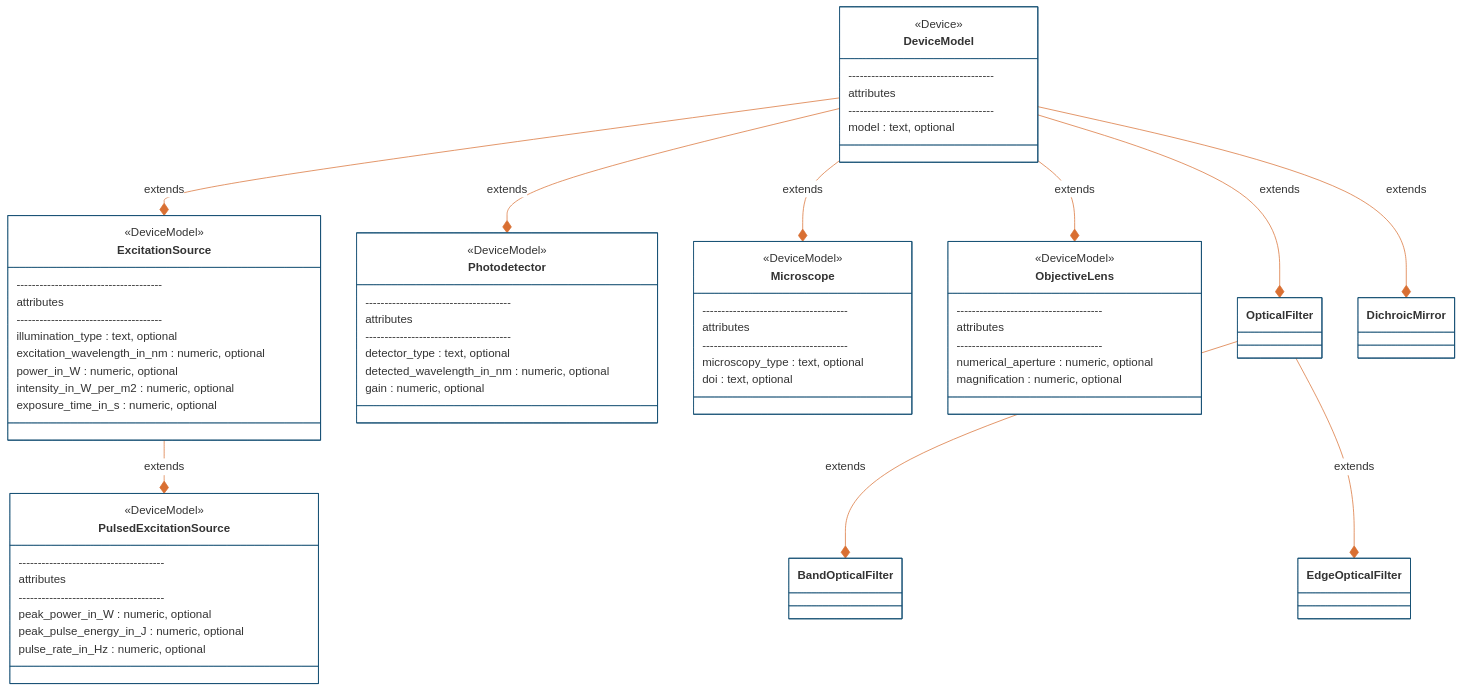
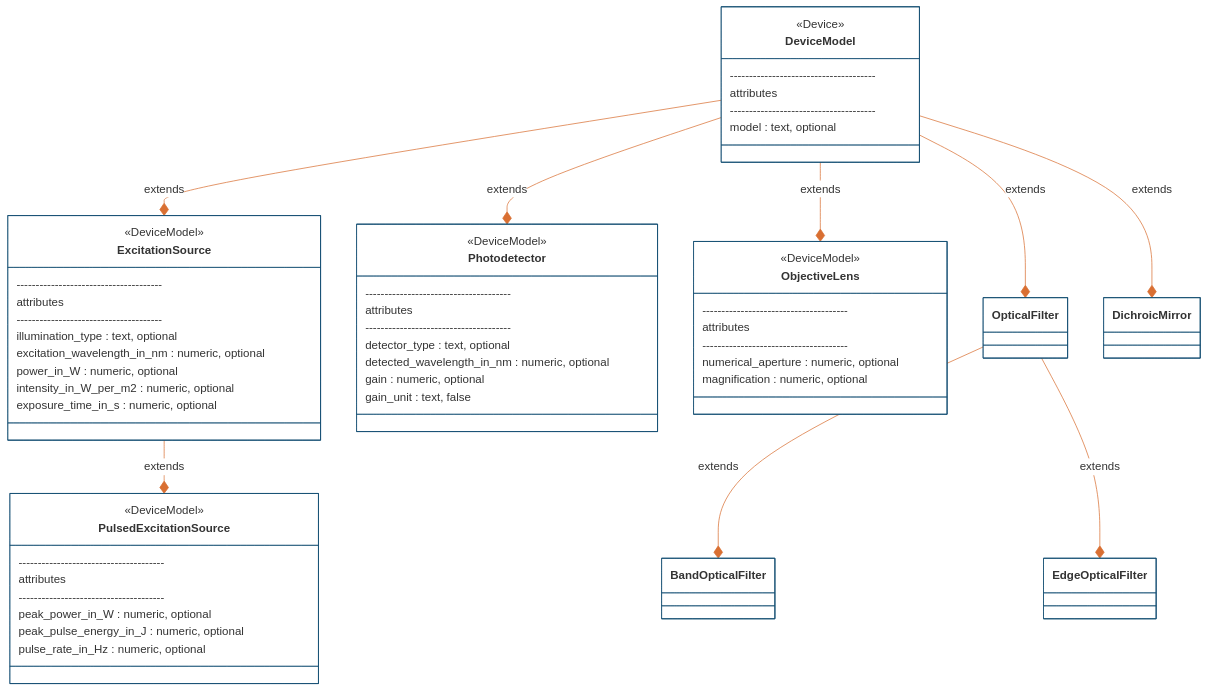
Before and after one commit to catalystneuro/ndx-ophys-devices: the third of 4 diagrams in README.md, drawn with Mermaid. The commit also changed other lines of this file and 5 other files, not shown here.

````diff
--- a/README.md
+++ b/README.md
@@ -103,66 +103,59 @@
 ```mermaid
 %%{init: {'theme': 'base', 'themeVariables': {'primaryColor': '#ffffff', "primaryBorderColor': '#144E73', 'lineColor': '#D96F32'}}}%%
 classDiagram
     direction BT
     class DeviceModel{
         <<Device>>
         --------------------------------------
         attributes
         --------------------------------------
         model : text, optional
     }
     class ExcitationSource{
         <<DeviceModel>>
         --------------------------------------
         attributes
         --------------------------------------
         illumination_type : text, optional
         excitation_wavelength_in_nm : numeric, optional
         power_in_W : numeric, optional
         intensity_in_W_per_m2 : numeric, optional
         exposure_time_in_s : numeric, optional
     }
     class PulsedExcitationSource{
         <<DeviceModel>>
         --------------------------------------
         attributes
         --------------------------------------
         peak_power_in_W : numeric, optional
         peak_pulse_energy_in_J : numeric, optional
         pulse_rate_in_Hz : numeric, optional
     }
     class Photodetector{
         <<DeviceModel>>
         --------------------------------------
         attributes
         --------------------------------------
         detector_type : text, optional
         detected_wavelength_in_nm : numeric, optional
         gain : numeric, optional
+        gain_unit : text, false
     }
     class ObjectiveLens{
         <<DeviceModel>>
         --------------------------------------
         attributes
         --------------------------------------
         numerical_aperture : numeric, optional
         magnification : numeric, optional
     }
-    class Microscope{
-        <<DeviceModel>>
-        --------------------------------------
-        attributes
-        --------------------------------------
-        microscopy_type : text, optional
-        doi : text, optional
-    }
+    
     ExcitationSource *-- DeviceModel : extends
     PulsedExcitationSource *-- ExcitationSource : extends
     Photodetector *-- DeviceModel : extends
-    Microscope *-- DeviceModel : extends
     ObjectiveLens *-- DeviceModel : extends
     OpticalFilter *-- DeviceModel : extends
     BandOpticalFilter *-- OpticalFilter : extends
     EdgeOpticalFilter *-- OpticalFilter : extends
     DichroicMirror *-- DeviceModel : extends
 ```
````
